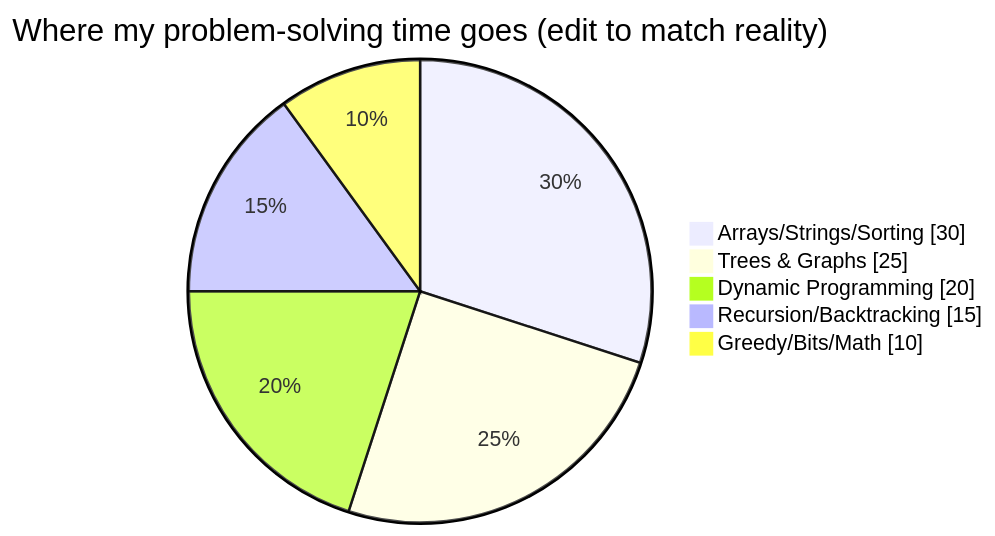
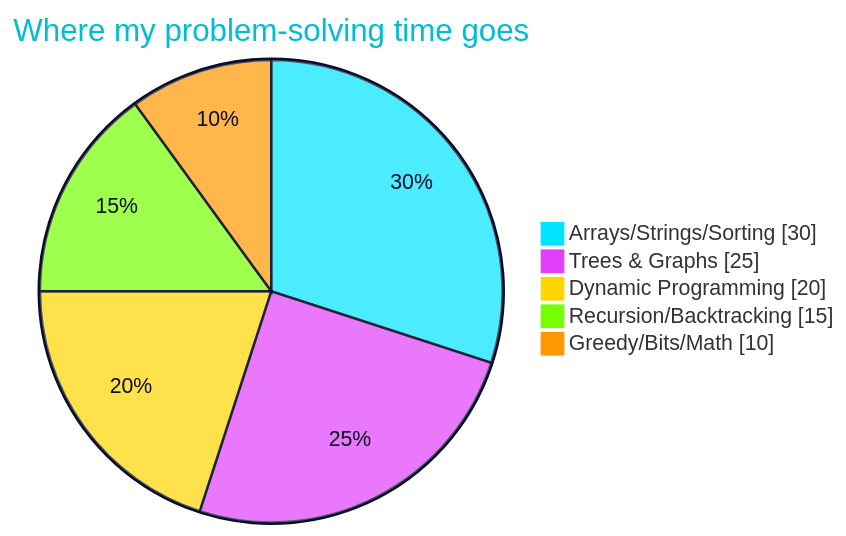
The second of 3 diagrams in README.md (Abhay9889/Abhay9889), drawn with Mermaid before and after one commit. The commit also changed other lines of this file, not shown here.

````diff
--- a/README.md
+++ b/README.md
@@ -140,8 +130,9 @@
 ```mermaid
-pie showData title Where my problem-solving time goes (edit to match reality)
+%%{init: {"theme":"base","themeVariables":{"pie1":"#00e5ff","pie2":"#e040fb","pie3":"#ffd600","pie4":"#76ff03","pie5":"#ff9800","pieTitleTextColor":"#00bcd4","pieSectionTextColor":"#0a0e27","pieStrokeColor":"#0a0e27","pieOuterStrokeColor":"#0a0e27","pieStrokeWidth":"2px"}}}%%
+pie showData title Where my problem-solving time goes
     "Arrays/Strings/Sorting" : 30
     "Trees & Graphs" : 25
     "Dynamic Programming" : 20
     "Recursion/Backtracking" : 15
     "Greedy/Bits/Math" : 10
 ```
````
